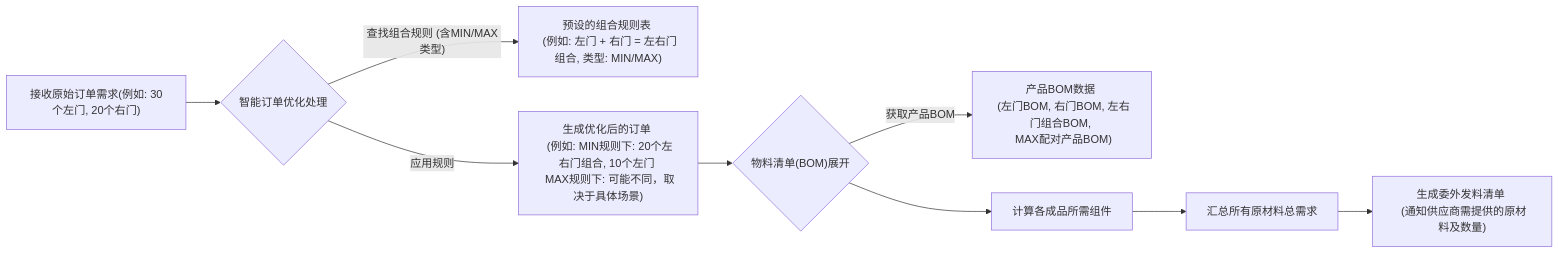
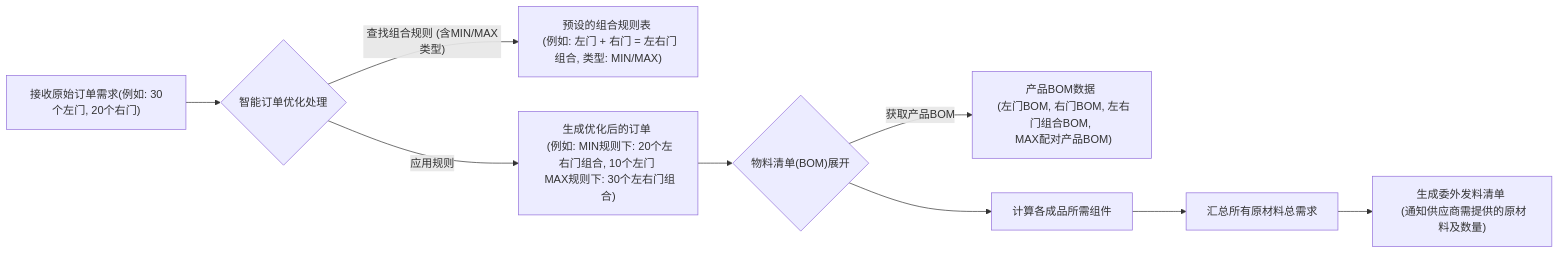
Before and after one commit to Ericfeng84/subcontracting: the diagram in readme.md, drawn with Mermaid.

Commit message:
docs: 更新流程图中的MAX规则示例说明
修改流程图中的MAX规则示例，使其更清晰地展示优化后的订单结果

````diff
--- a/readme.md
+++ b/readme.md
@@ -17,11 +17,11 @@
 ```mermaid
 graph LR
     A["接收原始订单需求(例如: 30个左门, 20个右门)"] --> B{"智能订单优化处理"};
     B -- "查找组合规则 (含MIN/MAX类型)" --> C["预设的组合规则表 <br/> (例如: 左门 + 右门 = 左右门组合, 类型: MIN/MAX)"];
-    B -- "应用规则" --> D["生成优化后的订单 <br/> (例如: MIN规则下: 20个左右门组合, 10个左门 <br/> MAX规则下: 可能不同，取决于具体场景)"];
+    B -- "应用规则" --> D["生成优化后的订单 <br/> (例如: MIN规则下: 20个左右门组合, 10个左门 <br/> MAX规则下: 30个左右门组合)"];
     D --> E{"物料清单(BOM)展开"};
     E -- "获取产品BOM" --> F["产品BOM数据 <br/> (左门BOM, 右门BOM, 左右门组合BOM, <br/> MAX配对产品BOM)"];
     E --> G["计算各成品所需组件"];
     G --> H["汇总所有原材料总需求"];
     H --> I["生成委外发料清单 <br/> (通知供应商需提供的原材料及数量)"];
 ```
````
